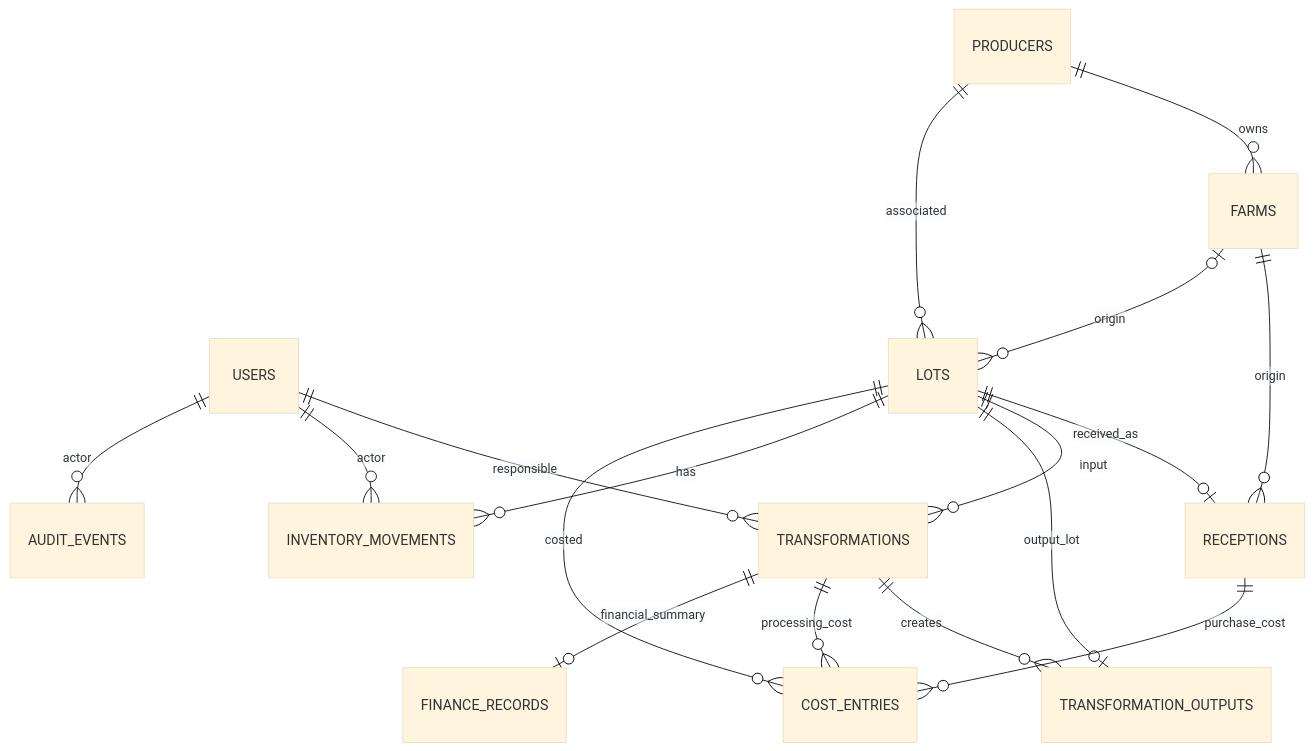
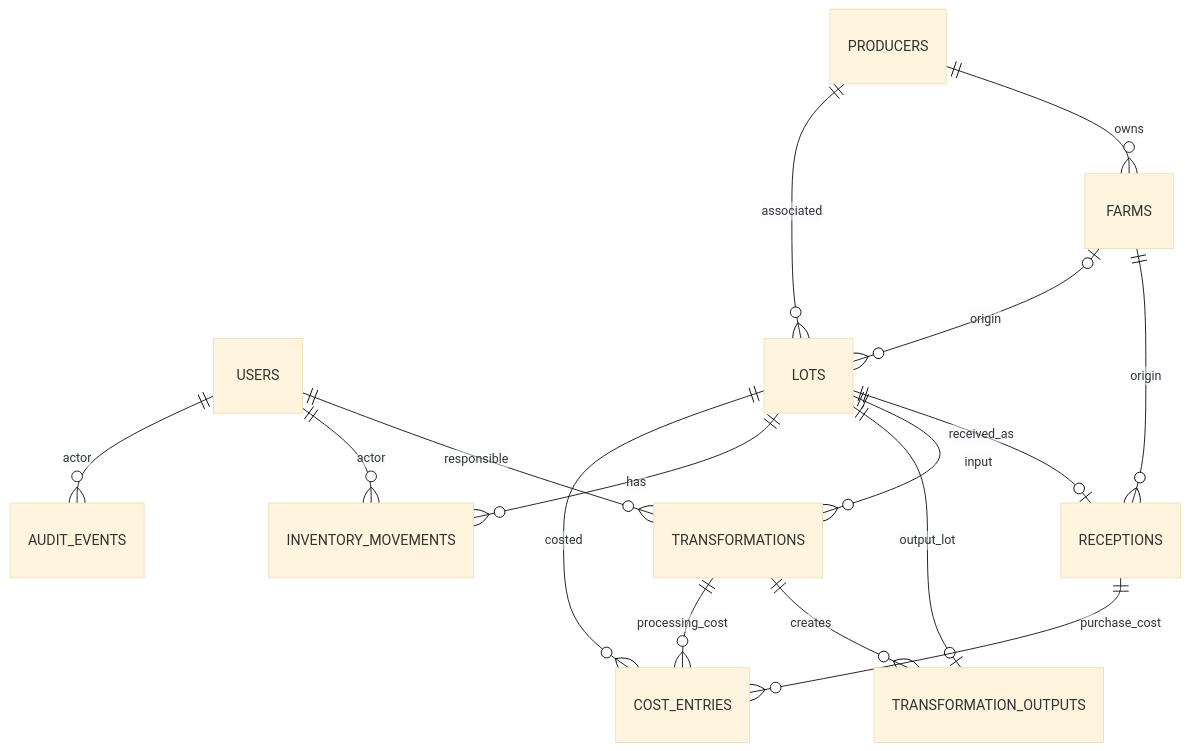
The second of 2 diagrams in documentos/E03_diseno.md (trbureiyan/kallpa.cacao), drawn with Mermaid (base theme) before and after one commit. The commit also changed other lines of this file and 41 other files, not shown here.

````diff
--- a/documentos/E03_diseno.md
+++ b/documentos/E03_diseno.md
@@ -32,19 +32,19 @@
 ```mermaid
 erDiagram
     USERS ||--o{ TRANSFORMATIONS : responsible
     USERS ||--o{ INVENTORY_MOVEMENTS : actor
     USERS ||--o{ AUDIT_EVENTS : actor
     PRODUCERS ||--o{ FARMS : owns
     PRODUCERS ||--o{ LOTS : associated
     FARMS ||--o{ RECEPTIONS : origin
     FARMS o|--o{ LOTS : origin
     LOTS ||--o| RECEPTIONS : received_as
     LOTS ||--o{ TRANSFORMATIONS : input
     TRANSFORMATIONS ||--o{ TRANSFORMATION_OUTPUTS : creates
     LOTS ||--o| TRANSFORMATION_OUTPUTS : output_lot
     LOTS ||--o{ INVENTORY_MOVEMENTS : has
     LOTS ||--o{ COST_ENTRIES : costed
     TRANSFORMATIONS ||--o{ COST_ENTRIES : processing_cost
     RECEPTIONS ||--o{ COST_ENTRIES : purchase_cost
-    TRANSFORMATIONS ||--o| FINANCE_RECORDS : financial_summary
+
 ```
````
